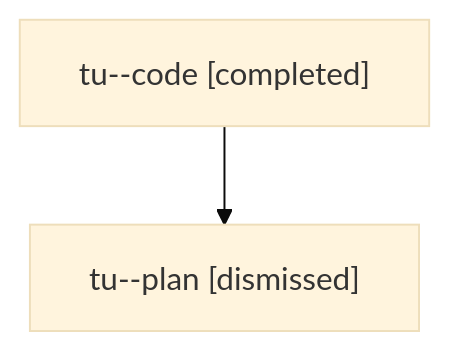
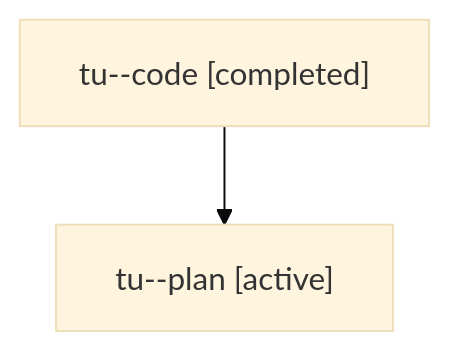
Before and after one commit to bobs-org/bob-cli--agents: the diagram in families/bbugyi200.athena.tu.md, drawn with Mermaid (base theme). The commit also changed other lines of this file and 92 other files, not shown here.

````diff
--- a/families/bbugyi200.athena.tu.md
+++ b/families/bbugyi200.athena.tu.md
@@ -9,6 +9,6 @@
 ```mermaid
 flowchart TD
   n0["tu--code [completed]"]
-  n1["tu--plan [dismissed]"]
+  n1["tu--plan [active]"]
   n0 --> n1
 ```
````
